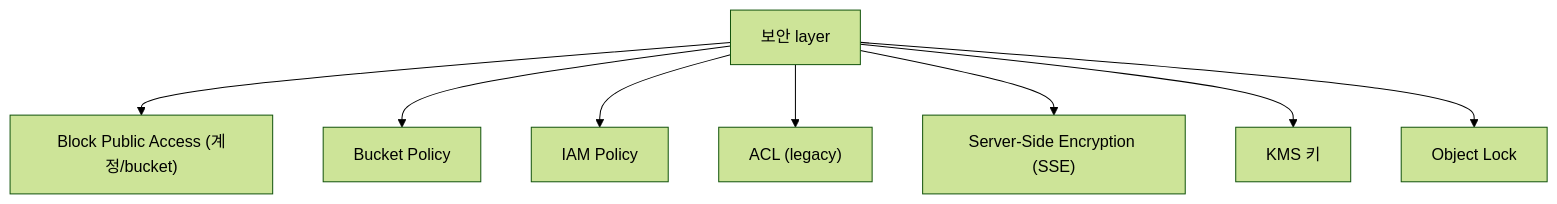
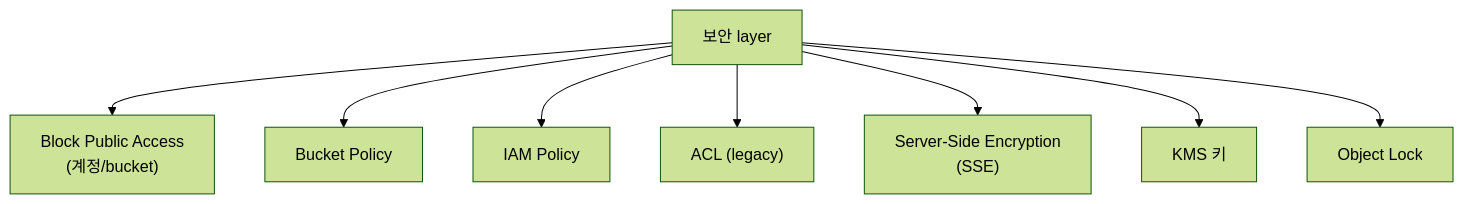
The fourth of 4 diagrams in src/content/wiki/cloud/aws-s3.mdx (shinkeonkim/shinkeonkim.github.io), drawn with Mermaid (forest theme) before and after one commit. The commit also changed other lines of this file and 526 other files, not shown here.

First line of the commit message:
content(wiki): 전수조사 및 대규모 보강 (짧은 파일 0, mermaid +645)

````diff
--- a/src/content/wiki/cloud/aws-s3.mdx
+++ b/src/content/wiki/cloud/aws-s3.mdx
@@ -127,11 +204,11 @@
 ```mermaid
 flowchart TD
     Q[보안 layer]
-    Q --> Block["Block Public Access (계정/bucket)"]
+    Q --> Block["Block Public Access<br/>(계정/bucket)"]
     Q --> Bucket[Bucket Policy]
     Q --> IAM[IAM Policy]
     Q --> ACL["ACL (legacy)"]
-    Q --> Enc["Server-Side Encryption (SSE)"]
+    Q --> Enc["Server-Side Encryption<br/>(SSE)"]
     Q --> KMS[KMS 키]
     Q --> Object[Object Lock]
 ```
````
